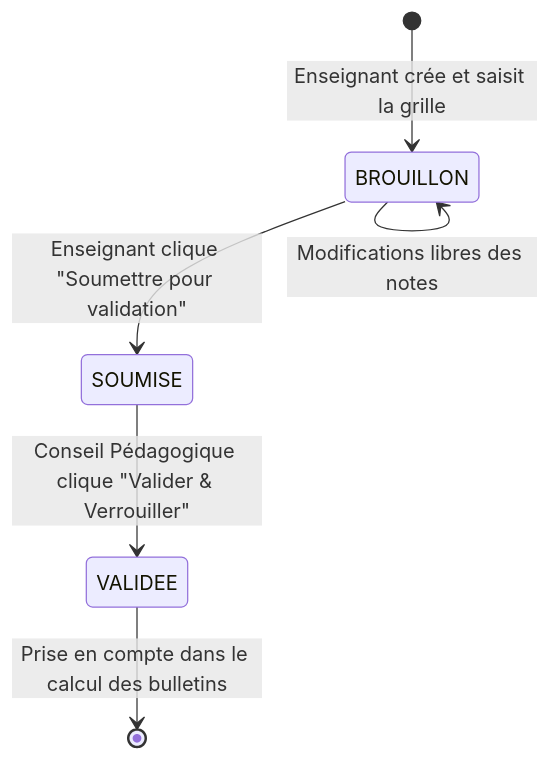
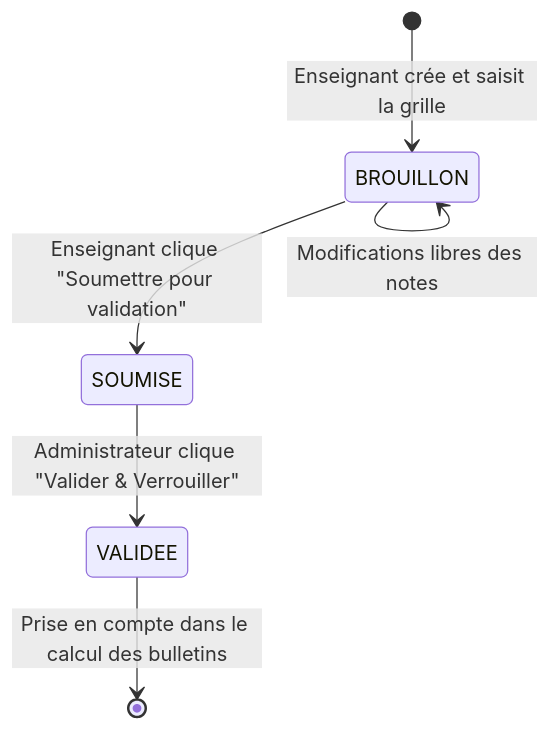
One commit to fordimalanda/kotaschool-backend changed the first of 2 diagrams in DOCUMENTATION.md. Above: the diagram before and after it, drawn with Mermaid. The commit also changed other lines of this file and 10 other files, not shown here.

````diff
--- a/DOCUMENTATION.md
+++ b/DOCUMENTATION.md
@@ -165,8 +163,8 @@
 ```mermaid
 stateDiagram-v2
     [*] --> BROUILLON : Enseignant crée et saisit la grille
     BROUILLON --> BROUILLON : Modifications libres des notes
     BROUILLON --> SOUMISE : Enseignant clique "Soumettre pour validation"
-    SOUMISE --> VALIDEE : Conseil Pédagogique clique "Valider & Verrouiller"
+    SOUMISE --> VALIDEE : Administrateur clique "Valider & Verrouiller"
     VALIDEE --> [*] : Prise en compte dans le calcul des bulletins
 ```
````
